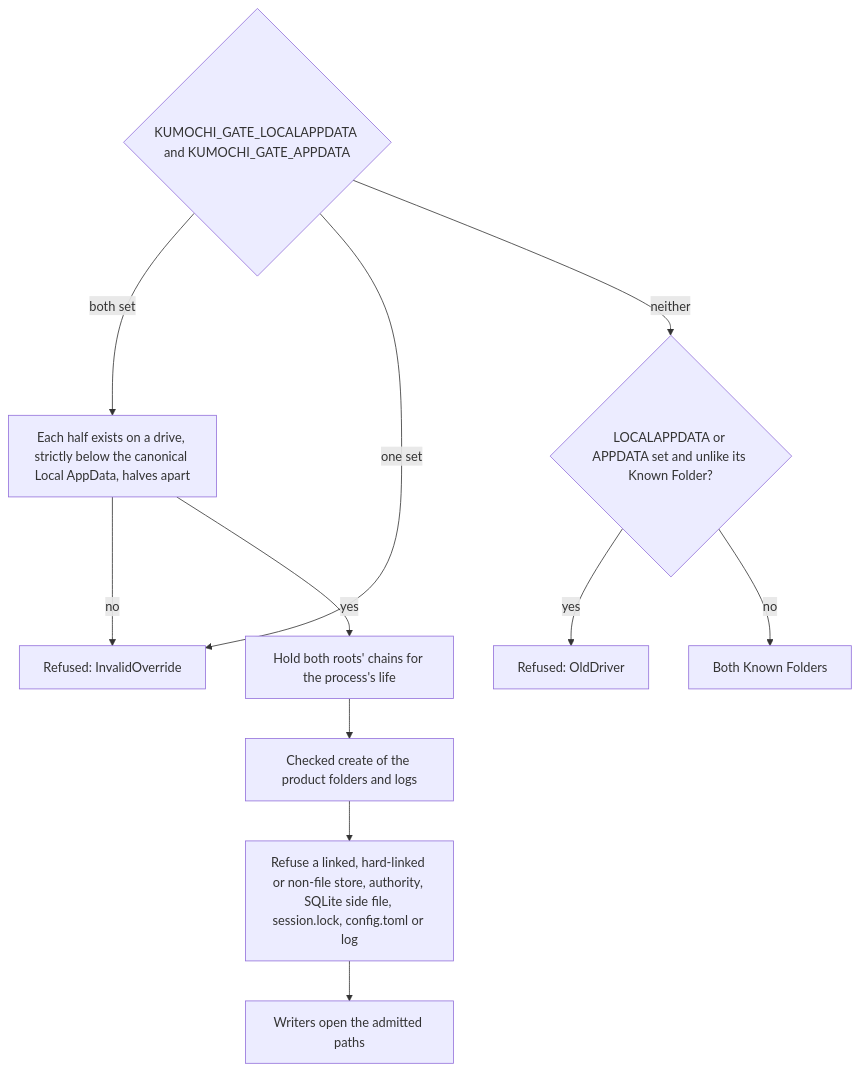
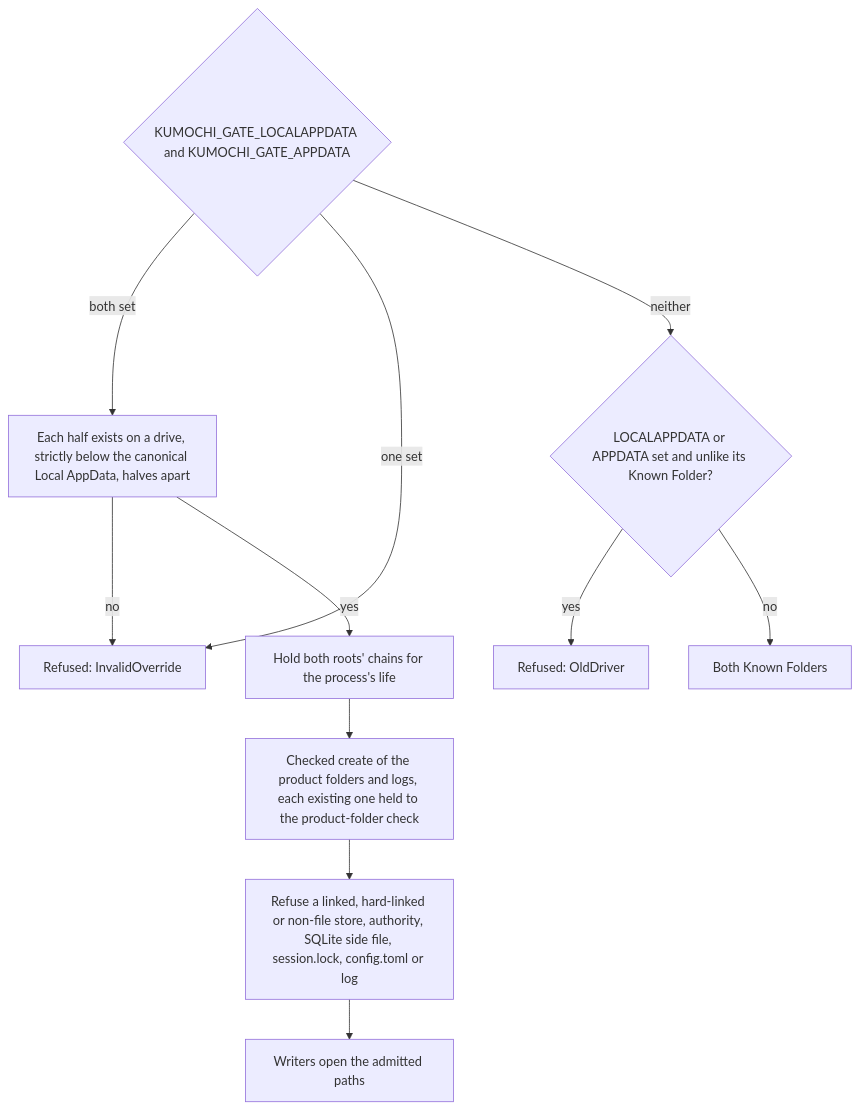
The second of 8 diagrams in docs/development/architecture.md (labcoder/capsula), drawn with Mermaid before and after one commit. The commit also changed other lines of this file, not shown here.

Commit message:
docs(architecture): describe the strict check on override product folders

````diff
--- a/docs/development/architecture.md
+++ b/docs/development/architecture.md
@@ -60,13 +60,13 @@
 ```mermaid
 flowchart TD
     A{KUMOCHI_GATE_LOCALAPPDATA and KUMOCHI_GATE_APPDATA} -->|both set| B[Each half exists on a drive, strictly below the canonical Local AppData, halves apart]
     A -->|one set| X[Refused: InvalidOverride]
     A -->|neither| C{LOCALAPPDATA or APPDATA set and unlike its Known Folder?}
     C -->|yes| Y[Refused: OldDriver]
     C -->|no| K[Both Known Folders]
     B -->|no| X
     B -->|yes| D[Hold both roots' chains for the process's life]
-    D --> E[Checked create of the product folders and logs]
+    D --> E[Checked create of the product folders and logs, each existing one held to the product-folder check]
     E --> F[Refuse a linked, hard-linked or non-file store, authority, SQLite side file, session.lock, config.toml or log]
     F --> G[Writers open the admitted paths]
 ```
````
